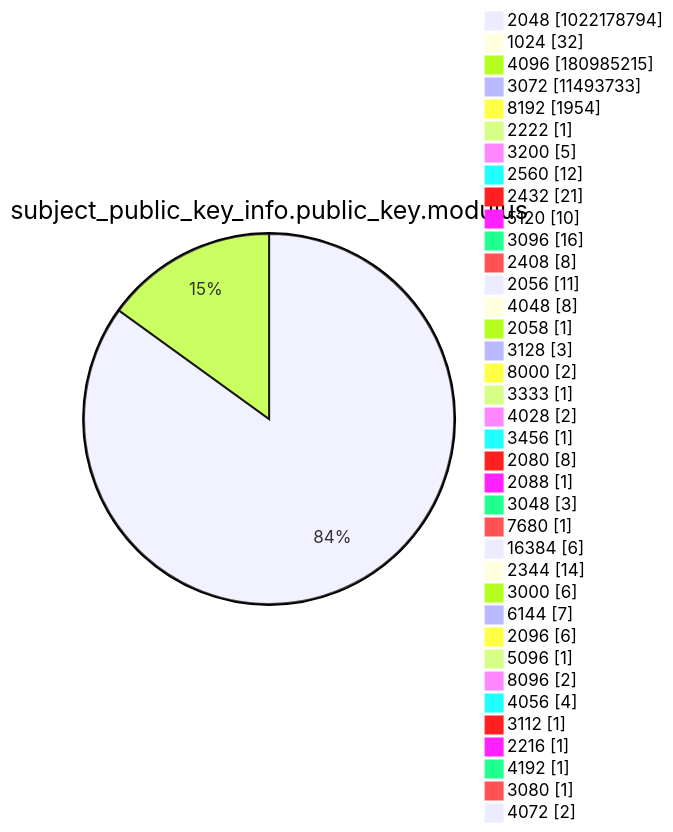
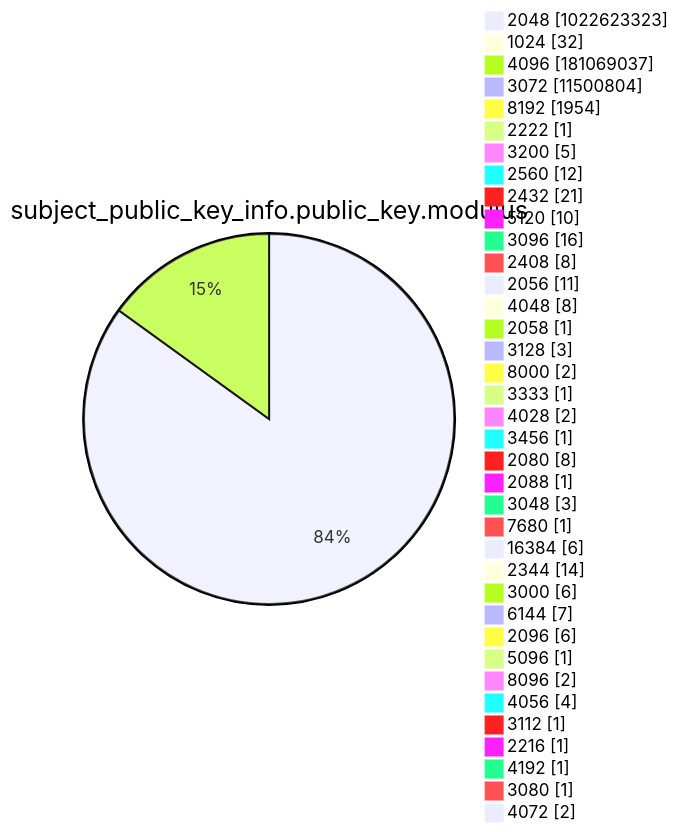
One commit to christiankrug/ctmonitor_visualization changed diagram 13 of 15 in argon2022/README.md. Above: the diagram before and after it, drawn with Mermaid. The commit also changed other lines of this file, not shown here.

````diff
--- a/argon2022/README.md
+++ b/argon2022/README.md
@@ -3588,41 +3588,41 @@
 ```mermaid
 pie showData
 title subject_public_key_info.public_key.modulus
-"2048" :1022178794
+"2048" :1022623323
 "1024" :32
-"4096" :180985215
-"3072" :11493733
+"4096" :181069037
+"3072" :11500804
 "8192" :1954
 "2222" :1
 "3200" :5
 "2560" :12
 "2432" :21
 "5120" :10
 "3096" :16
 "2408" :8
 "2056" :11
 "4048" :8
 "2058" :1
 "3128" :3
 "8000" :2
 "3333" :1
 "4028" :2
 "3456" :1
 "2080" :8
 "2088" :1
 "3048" :3
 "7680" :1
 "16384" :6
 "2344" :14
 "3000" :6
 "6144" :7
 "2096" :6
 "5096" :1
 "8096" :2
 "4056" :4
 "3112" :1
 "2216" :1
 "4192" :1
 "3080" :1
 "4072" :2
 ```
````
